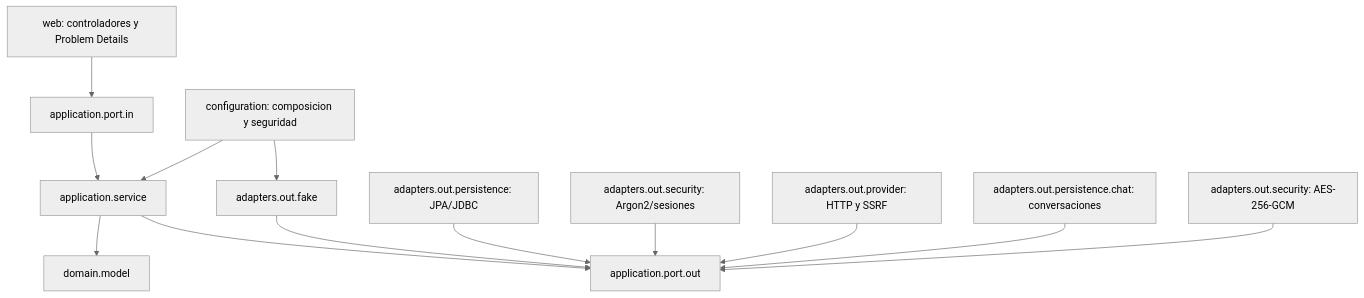
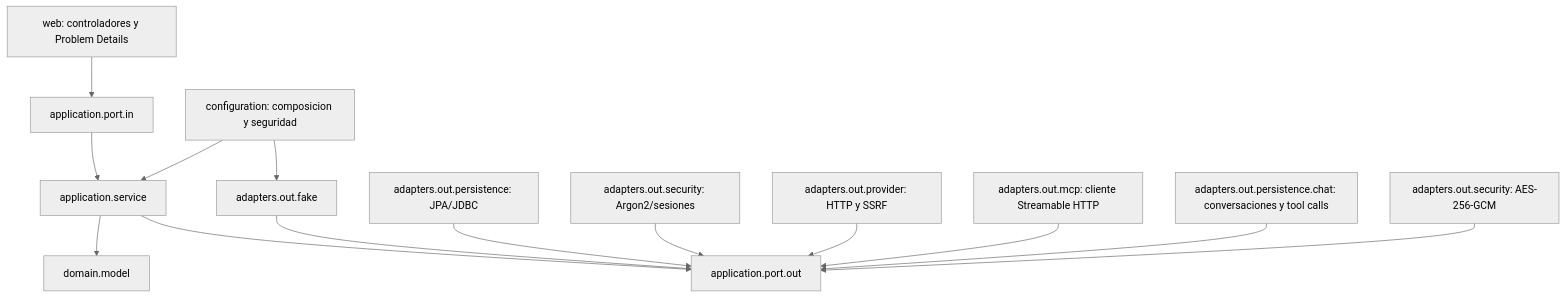
One commit to 1franky/chat-mcp changed the first of 5 diagrams in docs/architecture.md. Above: the diagram before and after it, drawn with Mermaid (neutral theme). The commit also changed other lines of this file and 67 other files, not shown here.

First line of the commit message:
feat: implement Sprint 4 MCP tool calling

````diff
--- a/docs/architecture.md
+++ b/docs/architecture.md
@@ -7,15 +7,16 @@
 ```mermaid
 flowchart TB
     WEB["web: controladores y Problem Details"] --> IN["application.port.in"]
     IN --> APP["application.service"]
     APP --> DOMAIN["domain.model"]
     APP --> OUT["application.port.out"]
     CFG["configuration: composicion y seguridad"] --> APP
     CFG --> FAKE["adapters.out.fake"]
     FAKE --> OUT
     JPA["adapters.out.persistence: JPA/JDBC"] --> OUT
     SEC["adapters.out.security: Argon2/sesiones"] --> OUT
     PROVIDERS["adapters.out.provider: HTTP y SSRF"] --> OUT
-    CHAT["adapters.out.persistence.chat: conversaciones"] --> OUT
+    MCP["adapters.out.mcp: cliente Streamable HTTP"] --> OUT
+    CHAT["adapters.out.persistence.chat: conversaciones y tool calls"] --> OUT
     CIPHER["adapters.out.security: AES-256-GCM"] --> OUT
 ```
````
